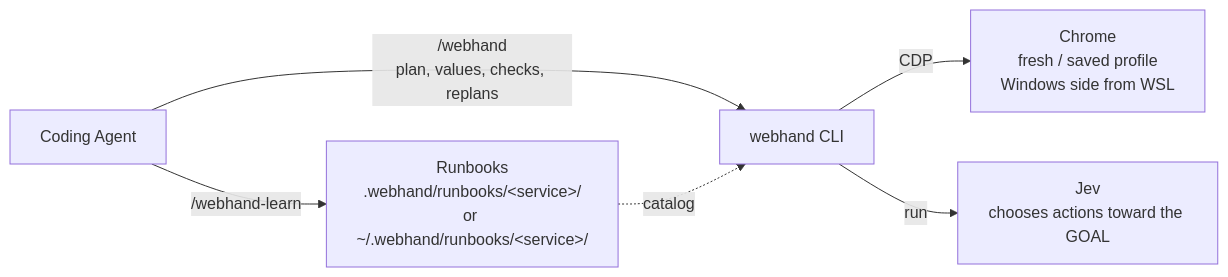
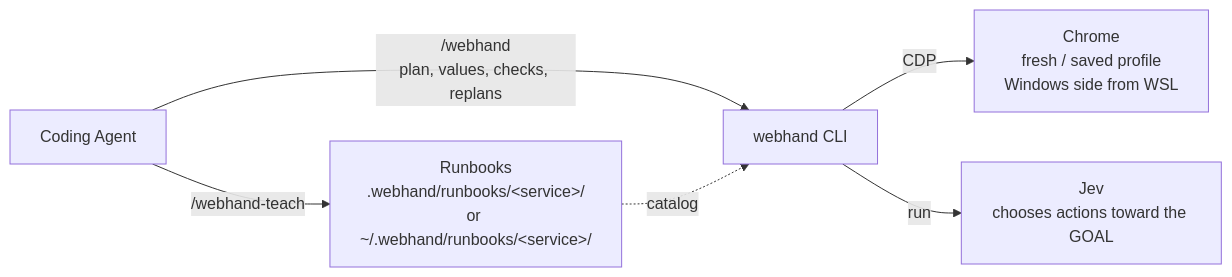
Before and after one commit to sakamoto66/webhand: the diagram in docs/reference.md, drawn with Mermaid. The commit also changed other lines of this file and 42 other files, not shown here.

First line of the commit message:
refactor: replace learn/knowledge wording with teach, record, and memory

````diff
--- a/docs/reference.md
+++ b/docs/reference.md
@@ -20,8 +20,8 @@
 ```mermaid
 flowchart LR
-  AG["Coding Agent"] -->|"/webhand-learn"| RB["Runbooks<br>.webhand/runbooks/#lt;service#gt;/<br>or ~/.webhand/runbooks/#lt;service#gt;/"]
+  AG["Coding Agent"] -->|"/webhand-teach"| RB["Runbooks<br>.webhand/runbooks/#lt;service#gt;/<br>or ~/.webhand/runbooks/#lt;service#gt;/"]
   AG -->|"/webhand<br>plan, values, checks, replans"| CLI["webhand CLI"]
   RB -.->|"catalog"| CLI
   CLI -->|"CDP"| CH["Chrome<br>fresh / saved profile<br>Windows side from WSL"]
   CLI -->|"run"| JEV["Jev<br>chooses actions toward the GOAL"]
 ```
````
